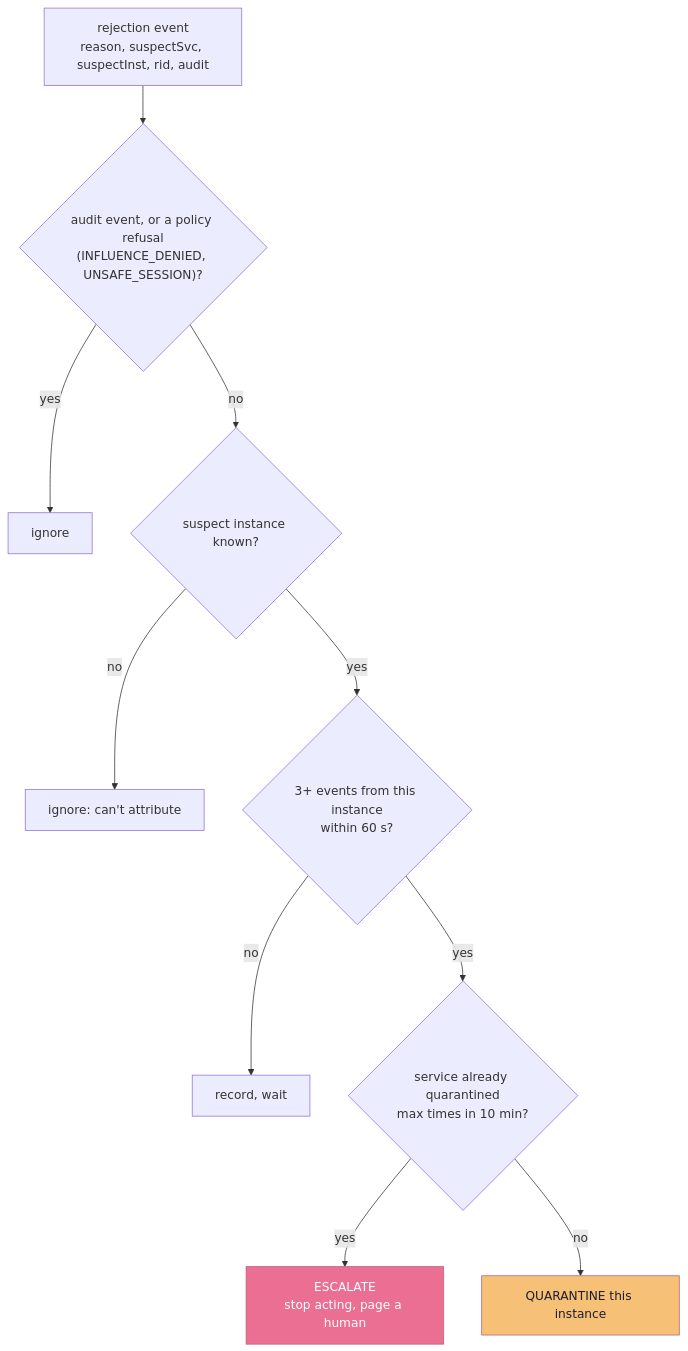
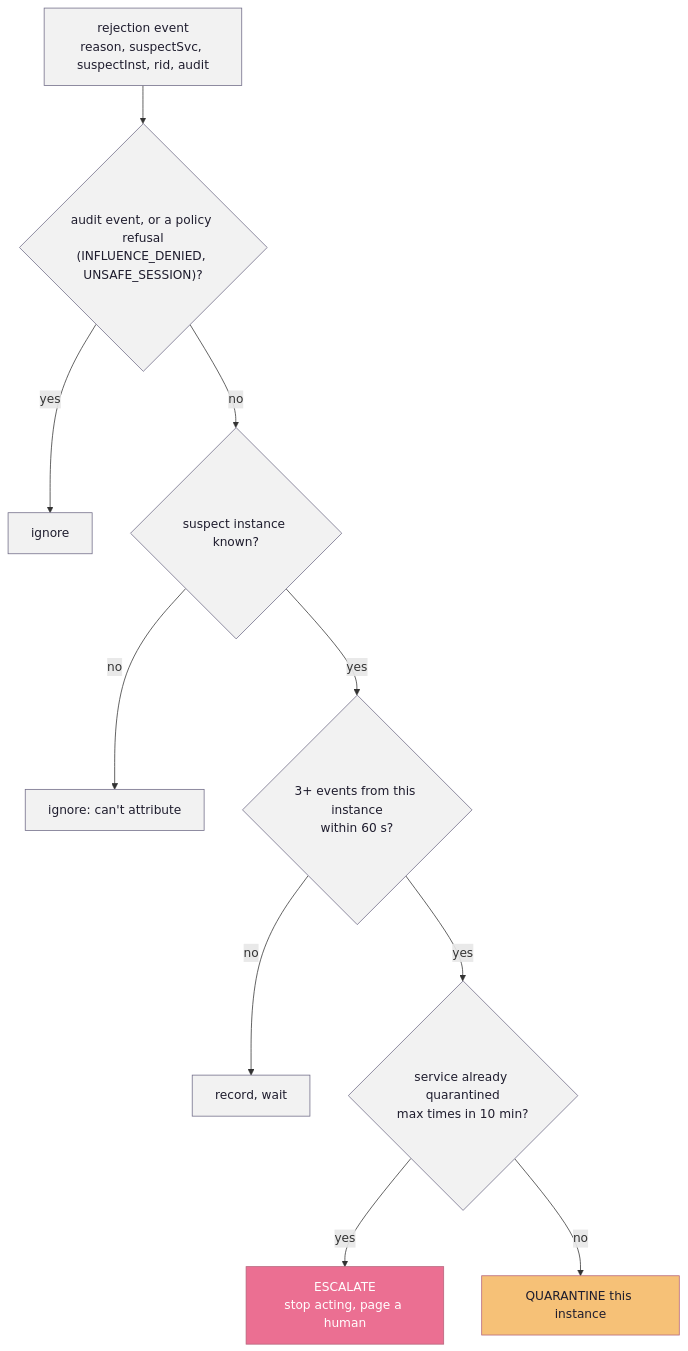
One commit to dumbsly/paztport changed the sixth of 7 diagrams in poc-demos/java-mesh/README.md. Above: the diagram before and after it, drawn with Mermaid. The commit also changed other lines of this file and 1 other file, not shown here.

Commit message:
docs: give every node in the classed Mermaid diagrams a class, so dark mode shows their text
In the Merkle tree and the Java mesh's two decision flowcharts, the nodes
with no class of their own drew dark text on a dark fill under GitHub's
dark theme. A plain class, light fill and dark text, now covers them;
the tree's siblings get the same dark text as the other classed nodes.

````diff
--- a/poc-demos/java-mesh/README.md
+++ b/poc-demos/java-mesh/README.md
@@ -602,17 +604,19 @@
 ```mermaid
 flowchart TD
     E["rejection event<br/>reason, suspectSvc, suspectInst, rid, audit"] --> A{"audit event, or a policy refusal<br/>(INFLUENCE_DENIED, UNSAFE_SESSION)?"}
     A -->|yes| N1["ignore"]
     A -->|no| B{"suspect instance known?"}
     B -->|no| N2["ignore: can't attribute"]
     B -->|yes| C{"3+ events from this instance<br/>within 60 s?"}
     C -->|no| N3["record, wait"]
     C -->|yes| D{"service already quarantined<br/>max times in 10 min?"}
     D -->|yes| ESC["ESCALATE<br/>stop acting, page a human"]
     D -->|no| Q["QUARANTINE this instance"]
 
+    classDef plain fill:#f2f2f2,stroke:#6e6a86,color:#1f1d2e,stroke-width:1px
     classDef act fill:#f6c177,stroke:#b4637a,color:#1f1d2e
     classDef esc fill:#eb6f92,stroke:#b4637a,color:#ffffff
     class Q act
     class ESC esc
+    class E,A,B,C,D,N1,N2,N3 plain
 ```
````
